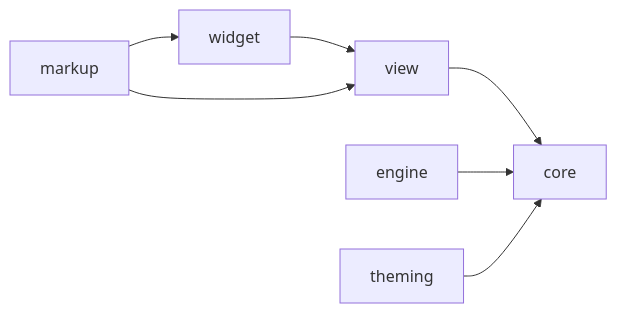
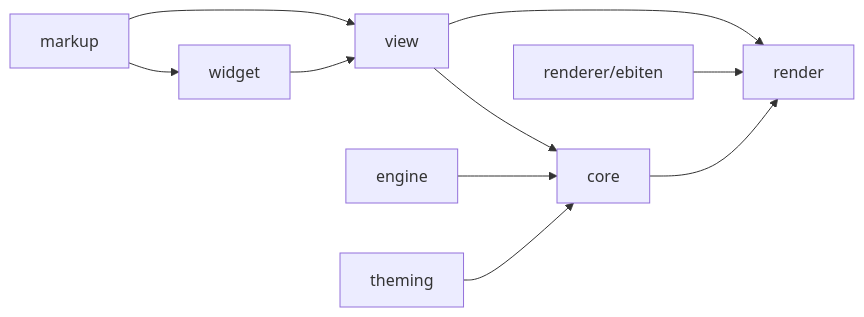
One commit to gascoigne-ai/uitoolkit changed the diagram in .harness/overview.md. Above: the diagram before and after it, drawn with Mermaid. The commit also changed other lines of this file and 50 other files, not shown here.

````diff
--- a/.harness/overview.md
+++ b/.harness/overview.md
@@ -16,7 +18,10 @@
 ```mermaid
 flowchart LR
   markup --> widget --> view --> core
   markup --> view
   engine --> core
   theming --> core
+  core --> render
+  view --> render
+  ebiten["renderer/ebiten"] --> render
 ```
````
